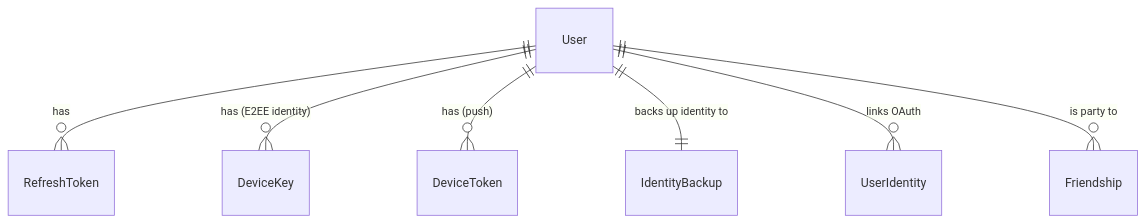
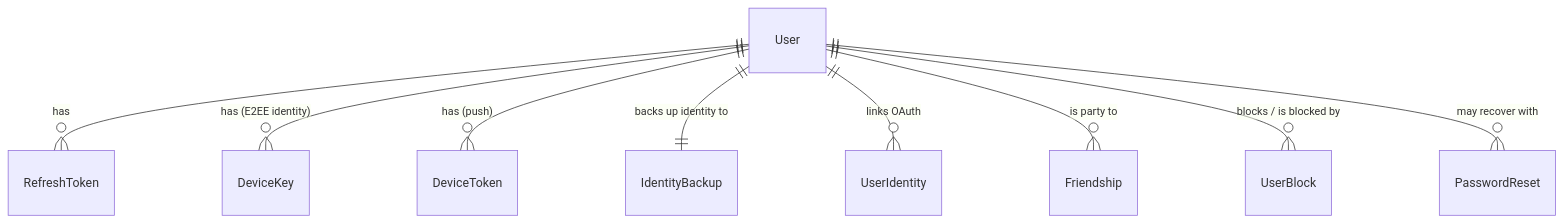
Before and after one commit to aiyu-ayaan/BetweenUs: the first of 4 diagrams in docs/docs/database/schema.md, drawn with Mermaid. The commit also changed other lines of this file and 6 other files, not shown here.

````diff
--- a/docs/docs/database/schema.md
+++ b/docs/docs/database/schema.md
@@ -21,9 +21,11 @@
 ```mermaid
 erDiagram
     User ||--o{ RefreshToken : has
     User ||--o{ DeviceKey : "has (E2EE identity)"
     User ||--o{ DeviceToken : "has (push)"
     User ||--|| IdentityBackup : "backs up identity to"
     User ||--o{ UserIdentity : "links OAuth"
     User ||--o{ Friendship : "is party to"
+    User ||--o{ UserBlock : "blocks / is blocked by"
+    User ||--o{ PasswordReset : "may recover with"
 ```
````
